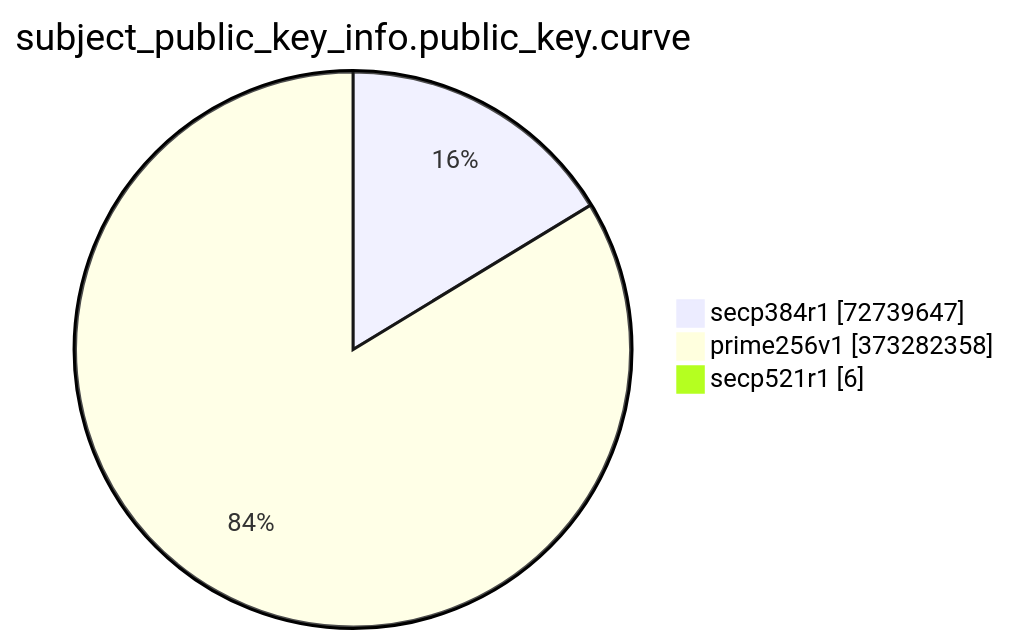
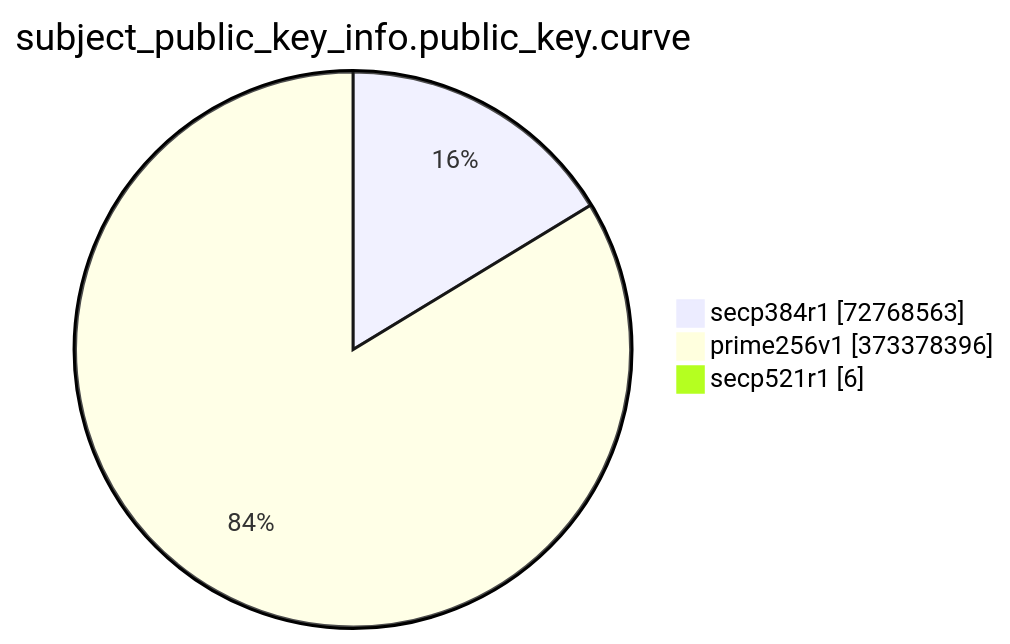
The eighth of 15 diagrams in TOTAL/README.md (christiankrug/ctmonitor_visualization), drawn with Mermaid before and after one commit. The commit also changed other lines of this file, not shown here.

````diff
--- a/TOTAL/README.md
+++ b/TOTAL/README.md
@@ -3092,7 +3092,7 @@
 ```mermaid
 pie showData
 title subject_public_key_info.public_key.curve
-"secp384r1" :72739647
-"prime256v1" :373282358
+"secp384r1" :72768563
+"prime256v1" :373378396
 "secp521r1" :6
 ```
````
